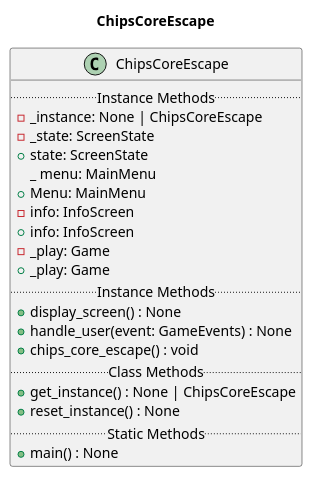
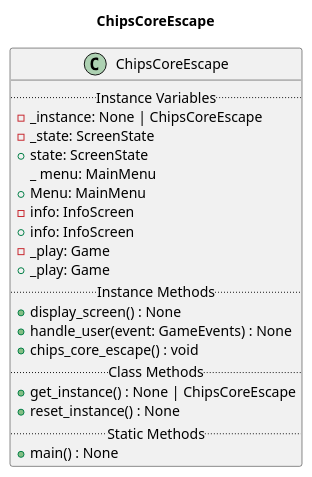
One commit to kmerickson/OOP-PuzzleMaze changed the diagram in Puzzle_Maze/diagrams/class-diagrams/game-ui/ui-logic/chips_core_escape.plantuml. Above: the diagram before and after it, drawn with PlantUML. The commit also changed 19 other files, not shown here.

Commit message:
interactive uml

```diff
--- a/Puzzle_Maze/diagrams/class-diagrams/game-ui/ui-logic/chips_core_escape.plantuml
+++ b/Puzzle_Maze/diagrams/class-diagrams/game-ui/ui-logic/chips_core_escape.plantuml
@@ -1,26 +1,26 @@
 @startuml Chips Core Escape
 title ChipsCoreEscape
 
 class ChipsCoreEscape {
-    ..Instance Methods..
+    ..Instance Variables..
     - _instance: None | ChipsCoreEscape
     - _state: ScreenState
     + state: ScreenState
     _ menu: MainMenu
     + Menu: MainMenu
     - info: InfoScreen
     + info: InfoScreen
     - _play: Game
     + _play: Game
     ..Instance Methods..
     + display_screen() : None
     + handle_user(event: GameEvents) : None
     + chips_core_escape() : void
     ..Class Methods..
     + get_instance() : None | ChipsCoreEscape
     + reset_instance() : None
     ..Static Methods..
     + main() : None
 }
 
 @endluml
```
